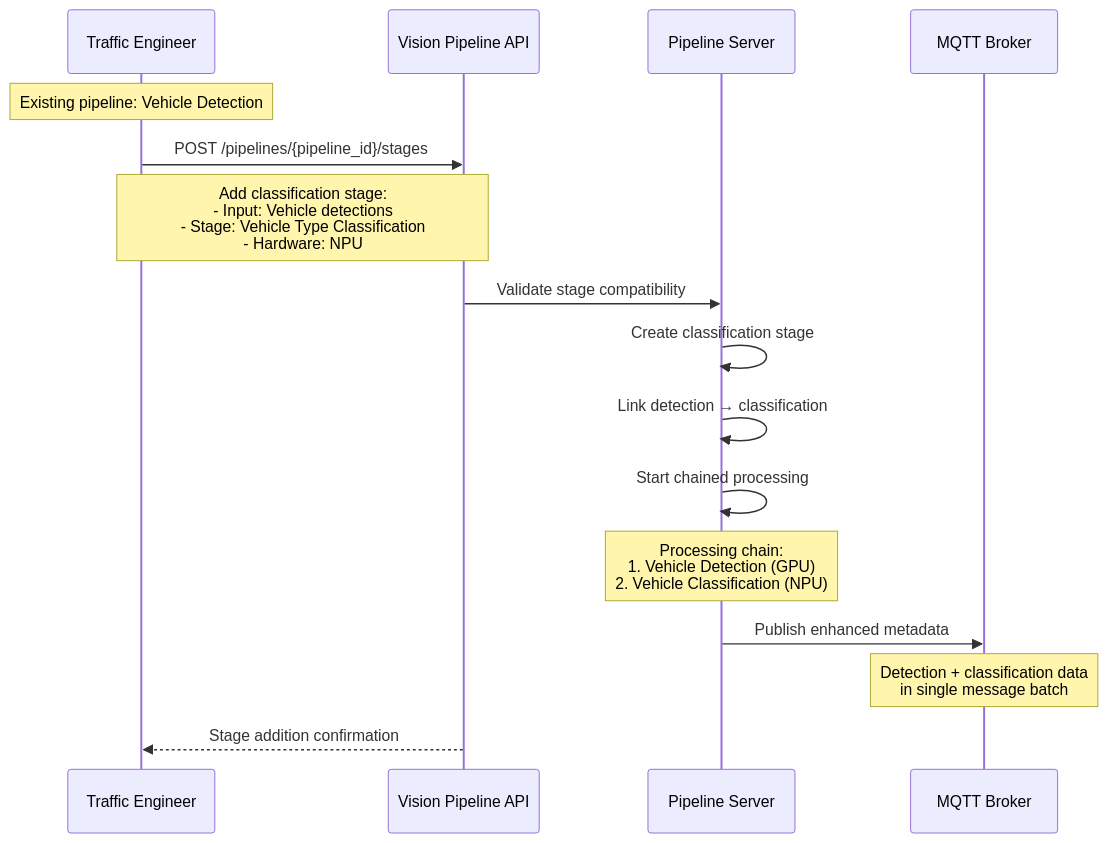
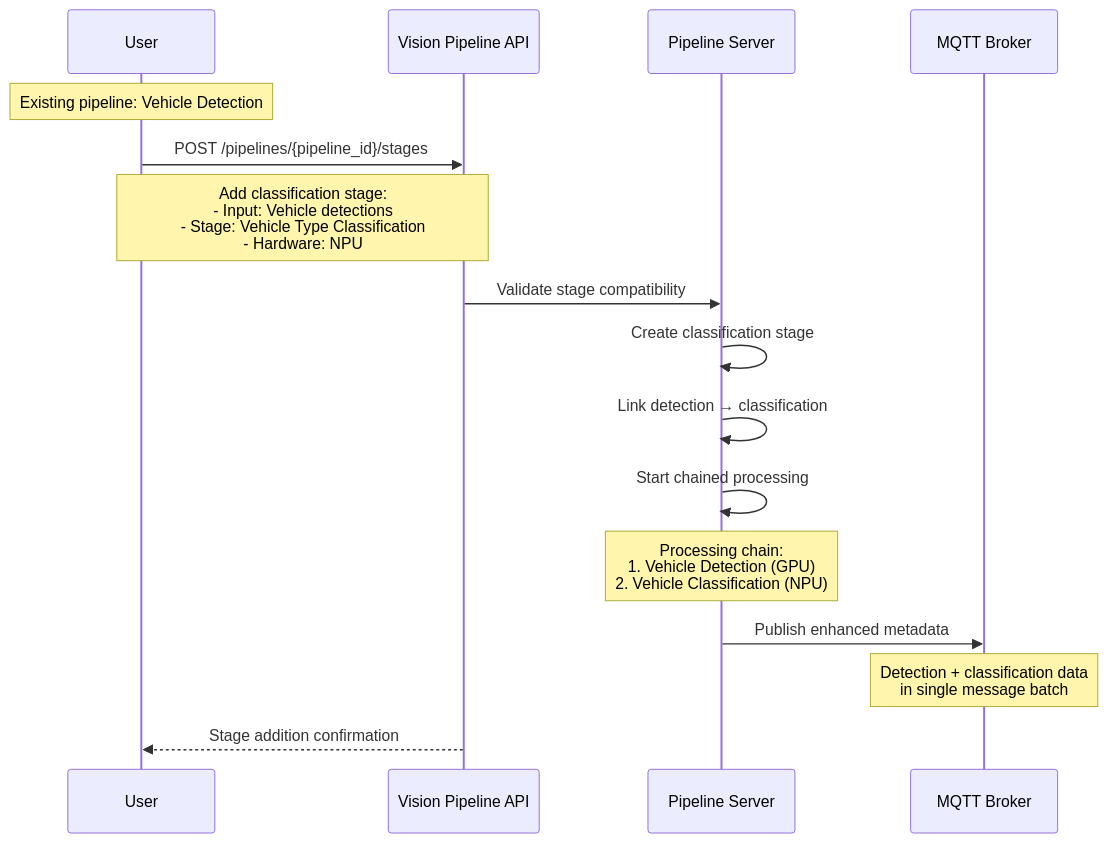
The seventh of 10 diagrams in docs/design/vision-pipeline-overview.md (open-edge-platform/scenescape), drawn with Mermaid before and after one commit. The commit also changed other lines of this file, not shown here.

````diff
--- a/docs/design/vision-pipeline-overview.md
+++ b/docs/design/vision-pipeline-overview.md
@@ -312,22 +349,22 @@
 ```mermaid
 sequenceDiagram
-    participant User as Traffic Engineer
+    participant User
     participant API as Vision Pipeline API
     participant Server as Pipeline Server
     participant MQTT as MQTT Broker
 
     Note over User: Existing pipeline: Vehicle Detection
     
     User->>API: POST /pipelines/{pipeline_id}/stages
     Note over User,API: Add classification stage:<br/>- Input: Vehicle detections<br/>- Stage: Vehicle Type Classification<br/>- Hardware: NPU
     API->>Server: Validate stage compatibility
     Server->>Server: Create classification stage
     Server->>Server: Link detection → classification
     Server->>Server: Start chained processing
     
     Note over Server: Processing chain:<br/>1. Vehicle Detection (GPU)<br/>2. Vehicle Classification (NPU)
     
     Server->>MQTT: Publish enhanced metadata
     Note over MQTT: Detection + classification data<br/>in single message batch
     API-->>User: Stage addition confirmation
 ```
````
